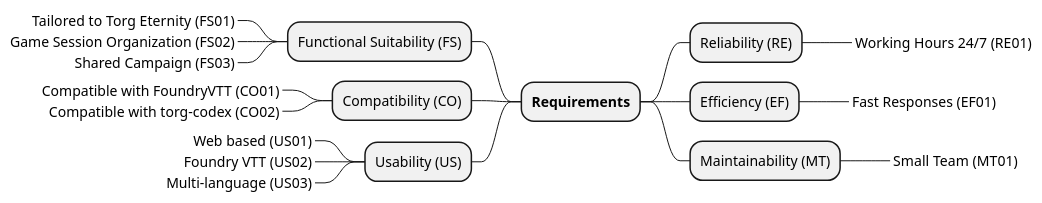
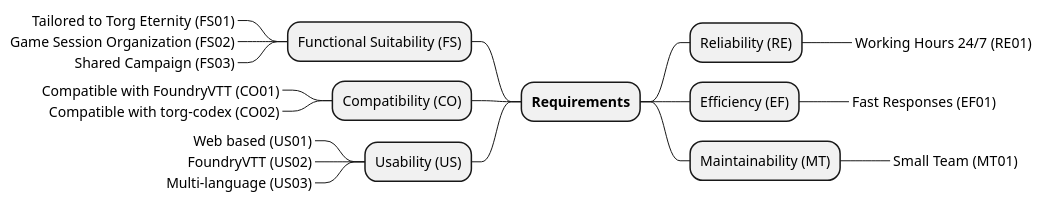
The diagram in src/main/docs/src/10_quality_requirements.adoc (Paladins-Inn/torganized-play-architecture), drawn with PlantUML before and after one commit. The commit also changed other lines of this file and 15 other files, not shown here.

```diff
--- a/src/main/docs/src/10_quality_requirements.adoc
+++ b/src/main/docs/src/10_quality_requirements.adoc
@@ -40,24 +40,24 @@
 [plantuml,quality-tree,svg]
 ....
 @startmindmap
 + **Requirements**
 -- Functional Suitability (FS)
 ---_ Tailored to Torg Eternity (FS01)
 ---_ Game Session Organization (FS02)
 ---_ Shared Campaign (FS03)
 -- Compatibility (CO)
 ---_ Compatible with FoundryVTT (CO01)
 ---_ Compatible with torg-codex (CO02)
 -- Usability (US)
 ---_ Web based (US01)
----_ Foundry VTT (US02)
+---_ FoundryVTT (US02)
 ---_ Multi-language (US03)
 
 ++ Reliability (RE)
 +++_ Working Hours 24/7 (RE01)
 ++ Efficiency (EF)
 +++_ Fast Responses (EF01)
 ++ Maintainability (MT)
 +++_ Small Team (MT01)
 @endmindmap
 ....
```
